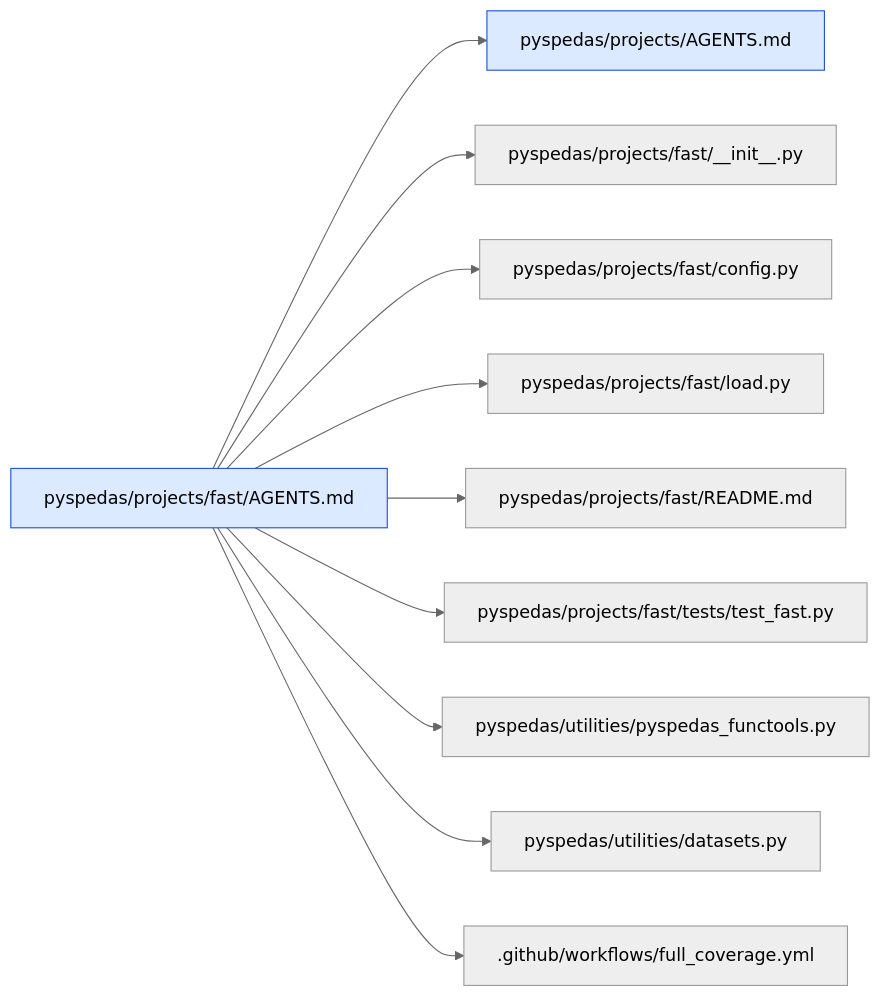
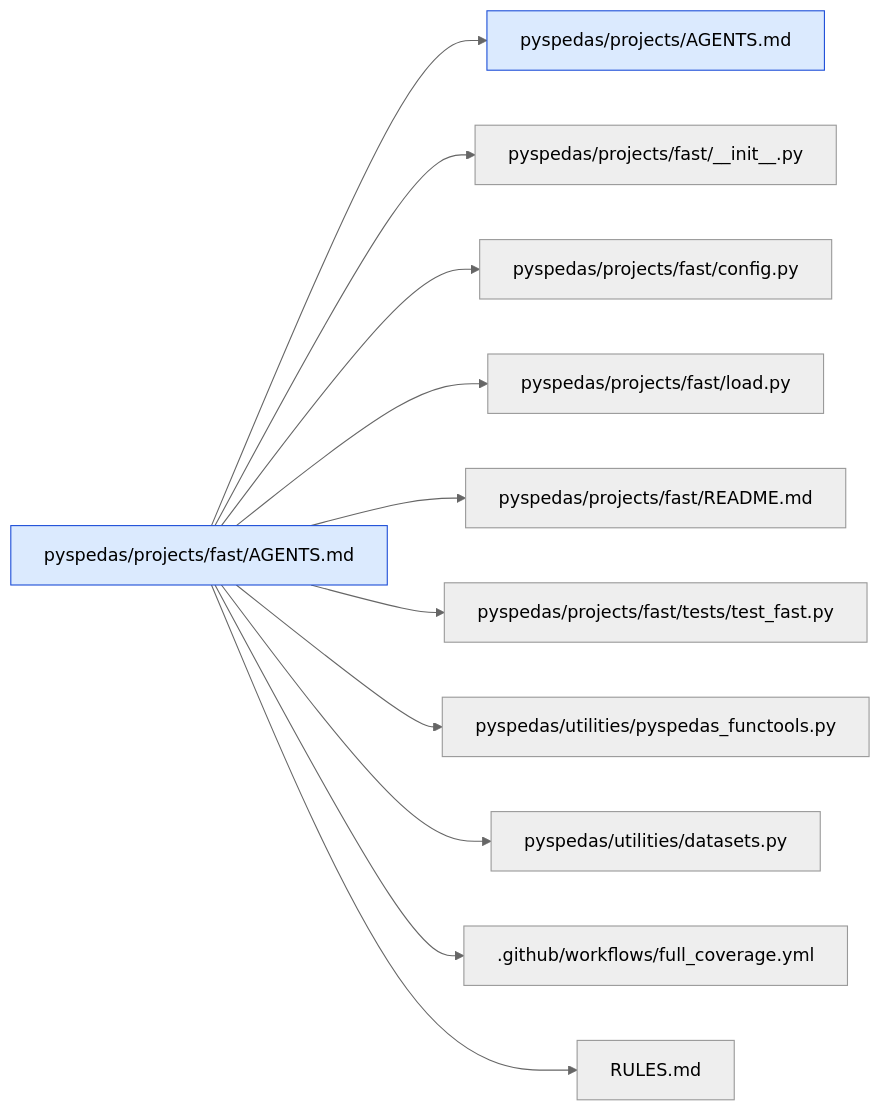
Diagram 18 of 44 in .agents/map/MAP.md (spedas/pyspedas), drawn with Mermaid (neutral theme) before and after one commit. The commit also changed other lines of this file and 75 other files, not shown here.

````diff
--- a/.agents/map/MAP.md
+++ b/.agents/map/MAP.md
@@ -760,15 +812,16 @@
 ```mermaid
 graph LR
   classDef agents fill:#dbeafe,stroke:#1d4ed8
   classDef missing fill:#fee2e2,stroke:#b91c1c,stroke-dasharray:4
   self["pyspedas/projects/fast/AGENTS.md"]:::agents
   self --> r0["pyspedas/projects/AGENTS.md"]:::agents
   self --> r1["pyspedas/projects/fast/__init__.py"]
   self --> r2["pyspedas/projects/fast/config.py"]
   self --> r3["pyspedas/projects/fast/load.py"]
   self --> r4["pyspedas/projects/fast/README.md"]
   self --> r5["pyspedas/projects/fast/tests/test_fast.py"]
   self --> r6["pyspedas/utilities/pyspedas_functools.py"]
   self --> r7["pyspedas/utilities/datasets.py"]
   self --> r8[".github/workflows/full_coverage.yml"]
+  self --> r9["RULES.md"]
 ```
````
